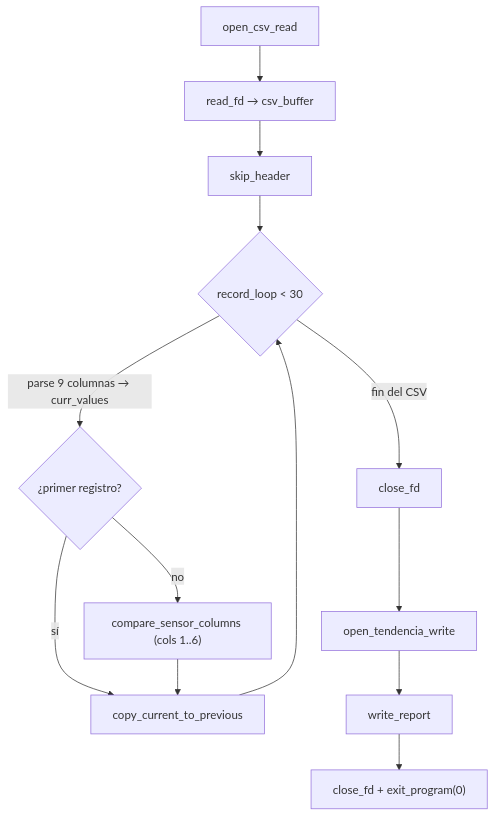
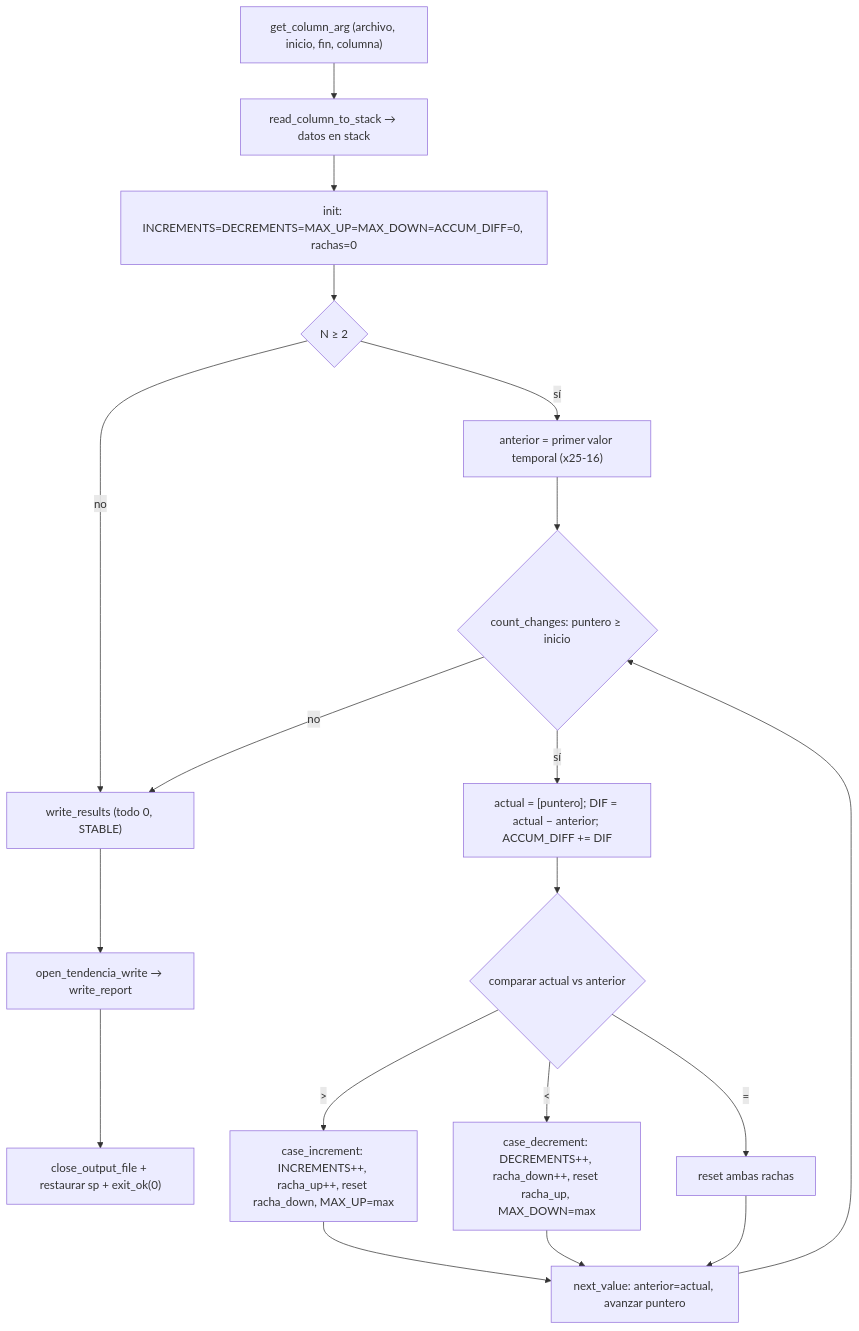
The diagram in Proyecto 2/docs/integrantes/ricardo_tendencia.md (ricardious/ARQUI1V1S_G15), drawn with Mermaid before and after one commit. The commit also changed other lines of this file, not shown here.

Commit message:
docs(integrantes): actualizar documentacion de tendencia

````diff
--- a/Proyecto 2/docs/integrantes/ricardo_tendencia.md
+++ b/Proyecto 2/docs/integrantes/ricardo_tendencia.md
@@ -41,15 +44,21 @@
 ```mermaid
 flowchart TD
-    A["open_csv_read"] --> B["read_fd → csv_buffer"]
-    B --> C["skip_header"]
-    C --> D{"record_loop < 30"}
-    D -->|"parse 9 columnas → curr_values"| E{"¿primer registro?"}
-    E -->|"no"| F["compare_sensor_columns (cols 1..6)"]
-    E -->|"sí"| G["copy_current_to_previous"]
-    F --> G
-    G --> D
-    D -->|"fin del CSV"| H["close_fd"]
-    H --> I["open_tendencia_write"]
-    I --> J["write_report"]
-    J --> K["close_fd + exit_program(0)"]
+    A["get_column_arg (archivo, inicio, fin, columna)"] --> B["read_column_to_stack → datos en stack"]
+    B --> C["init: INCREMENTS=DECREMENTS=MAX_UP=MAX_DOWN=ACCUM_DIFF=0, rachas=0"]
+    C --> D{"N ≥ 2"}
+    D -->|"no"| W["write_results (todo 0, STABLE)"]
+    D -->|"sí"| E["anterior = primer valor temporal (x25-16)"]
+    E --> F{"count_changes: puntero ≥ inicio"}
+    F -->|"no"| W
+    F -->|"sí"| G["actual = [puntero]; DIF = actual − anterior; ACCUM_DIFF += DIF"]
+    G --> H{"comparar actual vs anterior"}
+    H -->|">"| I["case_increment: INCREMENTS++, racha_up++, reset racha_down, MAX_UP=max"]
+    H -->|"<"| J["case_decrement: DECREMENTS++, racha_down++, reset racha_up, MAX_DOWN=max"]
+    H -->|"="| K["reset ambas rachas"]
+    I --> L["next_value: anterior=actual, avanzar puntero"]
+    J --> L
+    K --> L
+    L --> F
+    W --> M["open_tendencia_write → write_report"]
+    M --> N["close_output_file + restaurar sp + exit_ok(0)"]
 ```
````
